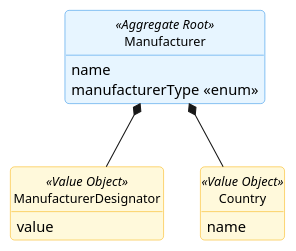
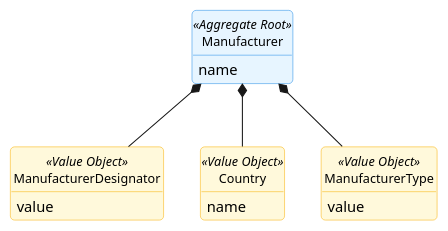
One commit to GustavoFerreira24/flight-management-platform changed the diagram in docs/global-artifacts/02.analysis/puml/Aggregates/ManufacturerAggregate.puml. Above: the diagram before and after it, drawn with PlantUML. The commit also changed 15 other files, not shown here.

```diff
--- a/docs/global-artifacts/02.analysis/puml/Aggregates/ManufacturerAggregate.puml
+++ b/docs/global-artifacts/02.analysis/puml/Aggregates/ManufacturerAggregate.puml
@@ -1,45 +1,49 @@
 @startuml
 skinparam {
     BackgroundColor white
     RoundCorner 8
     Shadowing false
     Handwritten false
     ClassAttributeIconSize 0
 
     ClassBackgroundColor white
     ClassBorderColor #495057
     ClassFontSize 12
 
     ClassBackgroundColor<<Aggregate Root>> #E7F5FF
     ClassBorderColor<<Aggregate Root>> #228BE6
 
     ClassBackgroundColor<<Value Object>> #FFF9DB
     ClassBorderColor<<Value Object>> #FAB005
 
     ClassBackgroundColor<<Entity>> #F3F0FF
     ClassBorderColor<<Entity>> #7950F2
 }
 hide circle
 hide methods
 
-class Manufacturer <<Aggregate Root>> {
+ class Manufacturer <<Aggregate Root>> {
         name
-        manufacturerType <<enum>>
-}
+    }
 
-class ManufacturerDesignator <<Value Object>> {
+    class ManufacturerDesignator <<Value Object>> {
         value
-}
+    }
 
-class Country <<Value Object>> {
+    class Country <<Value Object>> {
         name
-}
+    }
 
-Manufacturer *-- ManufacturerDesignator
-Manufacturer *-- Country
+    class ManufacturerType <<Value Object>> {
+        value
+    }
+
+    Manufacturer *-- ManufacturerDesignator
+    Manufacturer *-- Country
+    Manufacturer *-- ManufacturerType
 }
 
 
 
 
 @enduml
```
